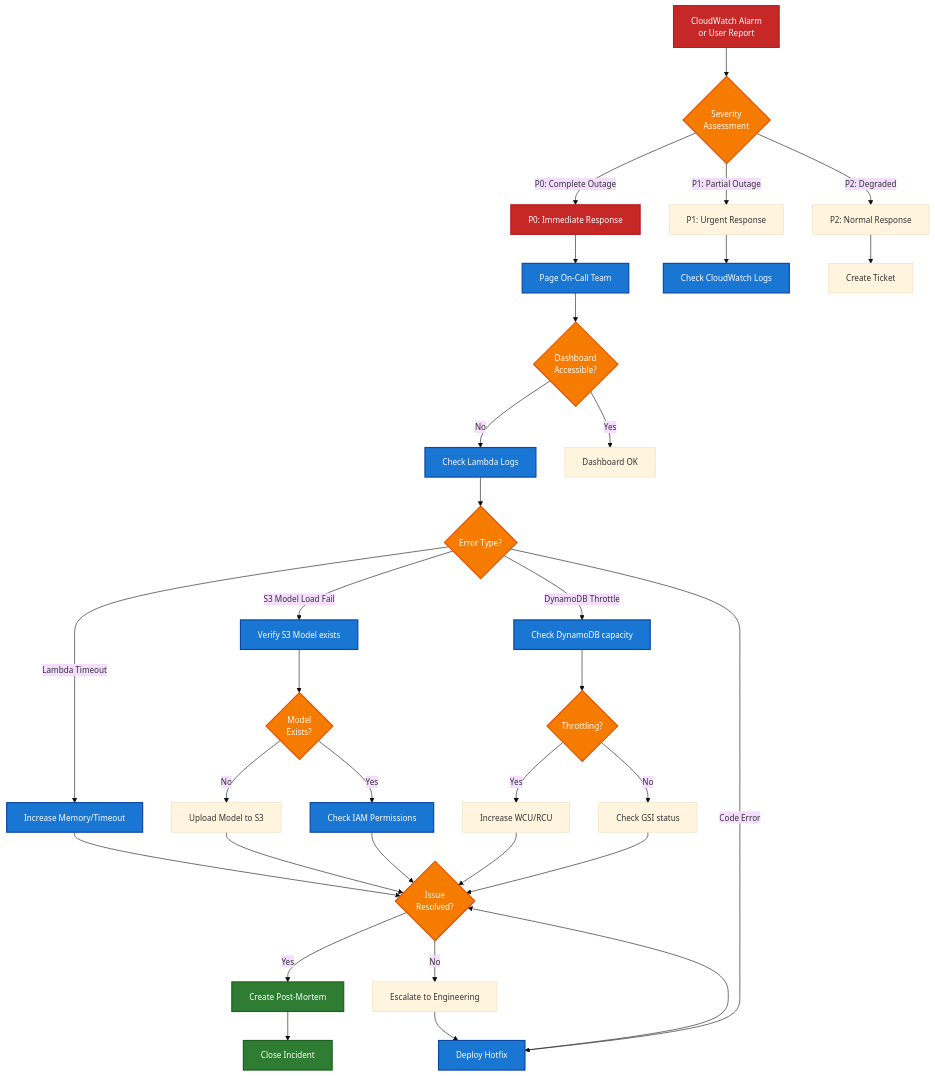
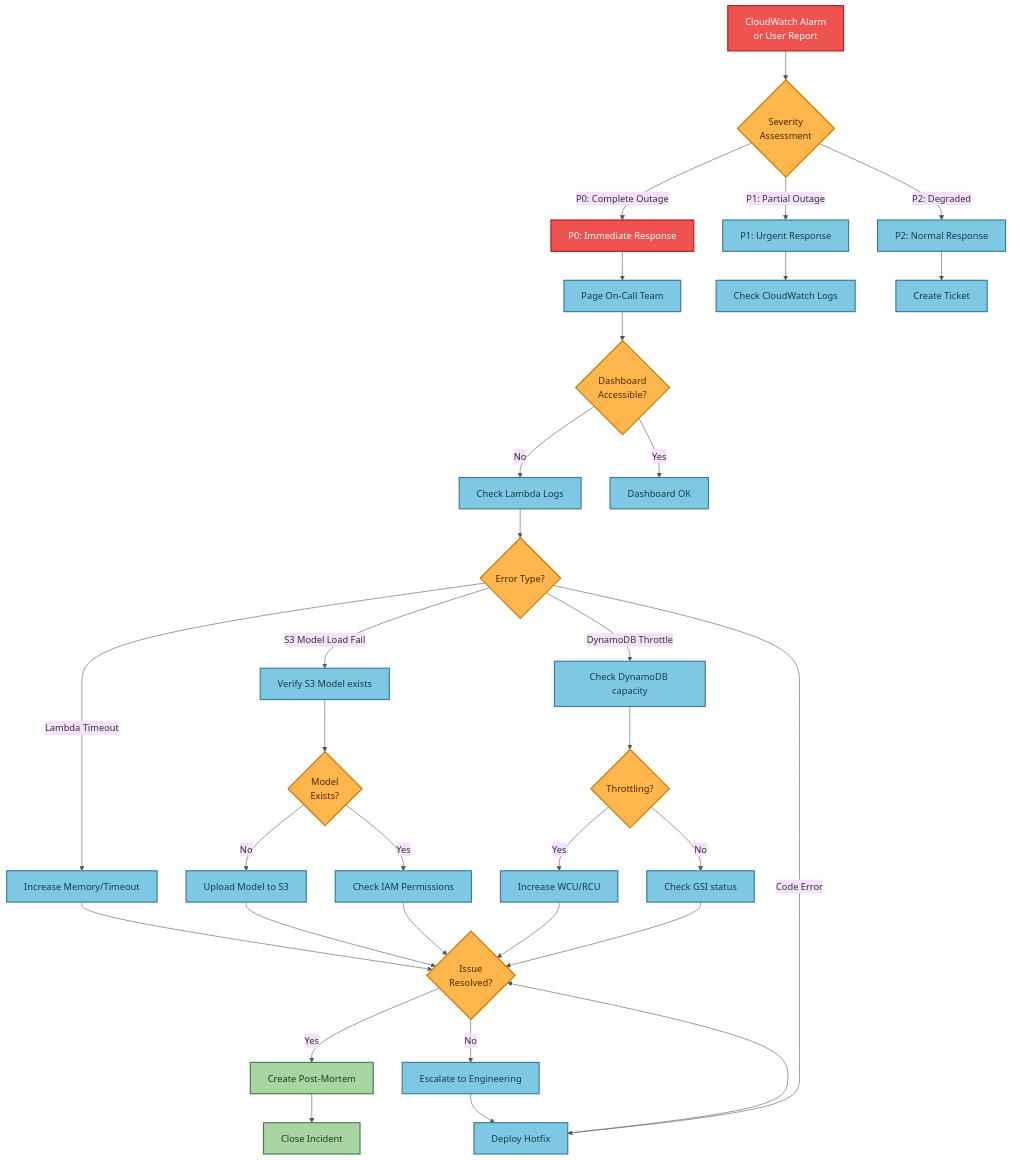
Before and after one commit to traylorre/sentiment-analyzer-gsk: the fourth of 10 diagrams in docs/OPERATIONAL_FLOWS.md, drawn with Mermaid. The commit also changed other lines of this file and 3 other files, not shown here.

First line of the commit message:
docs: Update mermaid diagrams with better contrast colors

````diff
--- a/docs/OPERATIONAL_FLOWS.md
+++ b/docs/OPERATIONAL_FLOWS.md
@@ -196,53 +196,53 @@
 ```mermaid
-%%{init: {'theme':'base', 'themeVariables': {'fontSize':'14px'}}}%%
+%%{init: {'theme':'base', 'themeVariables': {'primaryColor':'#fff8e1', 'primaryTextColor':'#333', 'primaryBorderColor':'#c9a227', 'lineColor':'#555'}}}%%
 flowchart TD
     Alert[CloudWatch Alarm<br/>or User Report] --> Assess{Severity<br/>Assessment}
     Assess -->|P0: Complete Outage| P0Response[P0: Immediate Response]
     Assess -->|P1: Partial Outage| P1Response[P1: Urgent Response]
     Assess -->|P2: Degraded| P2Response[P2: Normal Response]
 
     P0Response --> PageTeam[Page On-Call Team]
     PageTeam --> CheckDashboard{Dashboard<br/>Accessible?}
     CheckDashboard -->|No| CheckLambda[Check Lambda Logs]
     CheckDashboard -->|Yes| DashboardOK[Dashboard OK]
 
     P1Response --> CheckLogs[Check CloudWatch Logs]
     P2Response --> CreateTicket[Create Ticket]
 
     CheckLambda --> IdentifyError{Error Type?}
     IdentifyError -->|Lambda Timeout| IncreaseMem[Increase Memory/Timeout]
     IdentifyError -->|S3 Model Load Fail| CheckS3[Verify S3 Model exists]
     IdentifyError -->|DynamoDB Throttle| CheckDDB[Check DynamoDB capacity]
     IdentifyError -->|Code Error| CodeFix[Deploy Hotfix]
 
     CheckS3 --> S3Exists{Model<br/>Exists?}
     S3Exists -->|No| UploadModel[Upload Model to S3]
     S3Exists -->|Yes| CheckPerms[Check IAM Permissions]
 
     CheckDDB --> Throttled{Throttling?}
     Throttled -->|Yes| IncreaseCapacity[Increase WCU/RCU]
     Throttled -->|No| CheckIndex[Check GSI status]
 
     IncreaseMem --> TestFix{Issue<br/>Resolved?}
     CheckPerms --> TestFix
     IncreaseCapacity --> TestFix
     CodeFix --> TestFix
     UploadModel --> TestFix
     CheckIndex --> TestFix
 
     TestFix -->|Yes| PostMortem[Create Post-Mortem]
     TestFix -->|No| Escalate[Escalate to Engineering]
 
     PostMortem --> CloseIncident[Close Incident]
     Escalate --> CodeFix
 
-    classDef alert fill:#c62828,stroke:#b71c1c,stroke-width:2px,color:#fff
-    classDef decision fill:#f57c00,stroke:#e65100,stroke-width:2px,color:#fff
-    classDef action fill:#1976d2,stroke:#0d47a1,stroke-width:2px,color:#fff
-    classDef success fill:#2e7d32,stroke:#1b5e20,stroke-width:2px,color:#fff
+    classDef alertNode fill:#ef5350,stroke:#b71c1c,stroke-width:2px,color:#fff
+    classDef decisionNode fill:#ffb74d,stroke:#c77800,stroke-width:2px,color:#4a2800
+    classDef actionNode fill:#7ec8e3,stroke:#3a7ca5,stroke-width:2px,color:#1a3a4a
+    classDef successNode fill:#a8d5a2,stroke:#4a7c4e,stroke-width:2px,color:#1e3a1e
 
-    class Alert,P0Response alert
-    class Assess,CheckDashboard,IdentifyError,S3Exists,Throttled,TestFix decision
-    class PageTeam,CheckLambda,CheckLogs,CheckS3,CheckDDB,IncreaseMem,CodeFix,CheckPerms action
-    class PostMortem,CloseIncident success
+    class Alert,P0Response alertNode
+    class Assess,CheckDashboard,IdentifyError,S3Exists,Throttled,TestFix decisionNode
+    class PageTeam,CheckLambda,CheckLogs,CheckS3,CheckDDB,IncreaseMem,CodeFix,CheckPerms,P1Response,P2Response,DashboardOK,CreateTicket,UploadModel,IncreaseCapacity,CheckIndex,Escalate actionNode
+    class PostMortem,CloseIncident successNode
 ```
````
